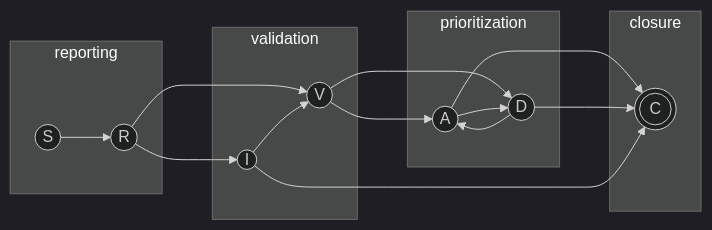
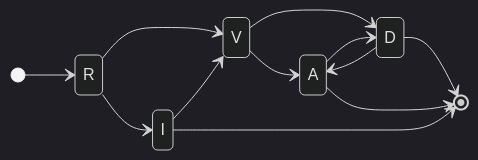
The second of 9 diagrams in docs/process_models/report_management.md (CERTCC/Vultron), drawn with Mermaid (dark theme) before and after one commit. The commit also changed other lines of this file, not shown here.

Commit message:
use stateDiagrams instead of flowcharts in mermaid

````diff
--- a/docs/process_models/report_management.md
+++ b/docs/process_models/report_management.md
@@ -80,30 +80,15 @@
 ```mermaid
-flowchart LR
-    subgraph reporting
-        S((S))
-        R((R))
-    end
-    subgraph validation
-        I((I))
-        V((V))
-    end
-    subgraph prioritization
-        D((D))
-        A((A))
-    end
-    subgraph closure
-        C(((C)))
-    end
-    
-    S --> R
+stateDiagram-v2
+    direction LR
+    [*] --> R
     R --> I
     R --> V
+    I --> V
     V --> A
-    A --> C
-    I --> V
     V --> D
     A --> D
     D --> A
-    D --> C
-    I --> C
+    D --> [*]
+    A --> [*]
+    I --> [*]
 ```
````
